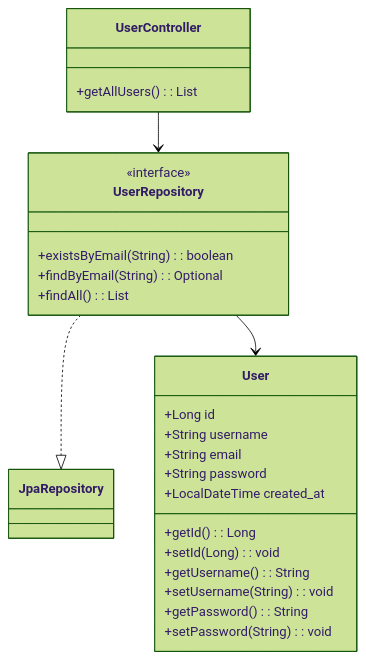
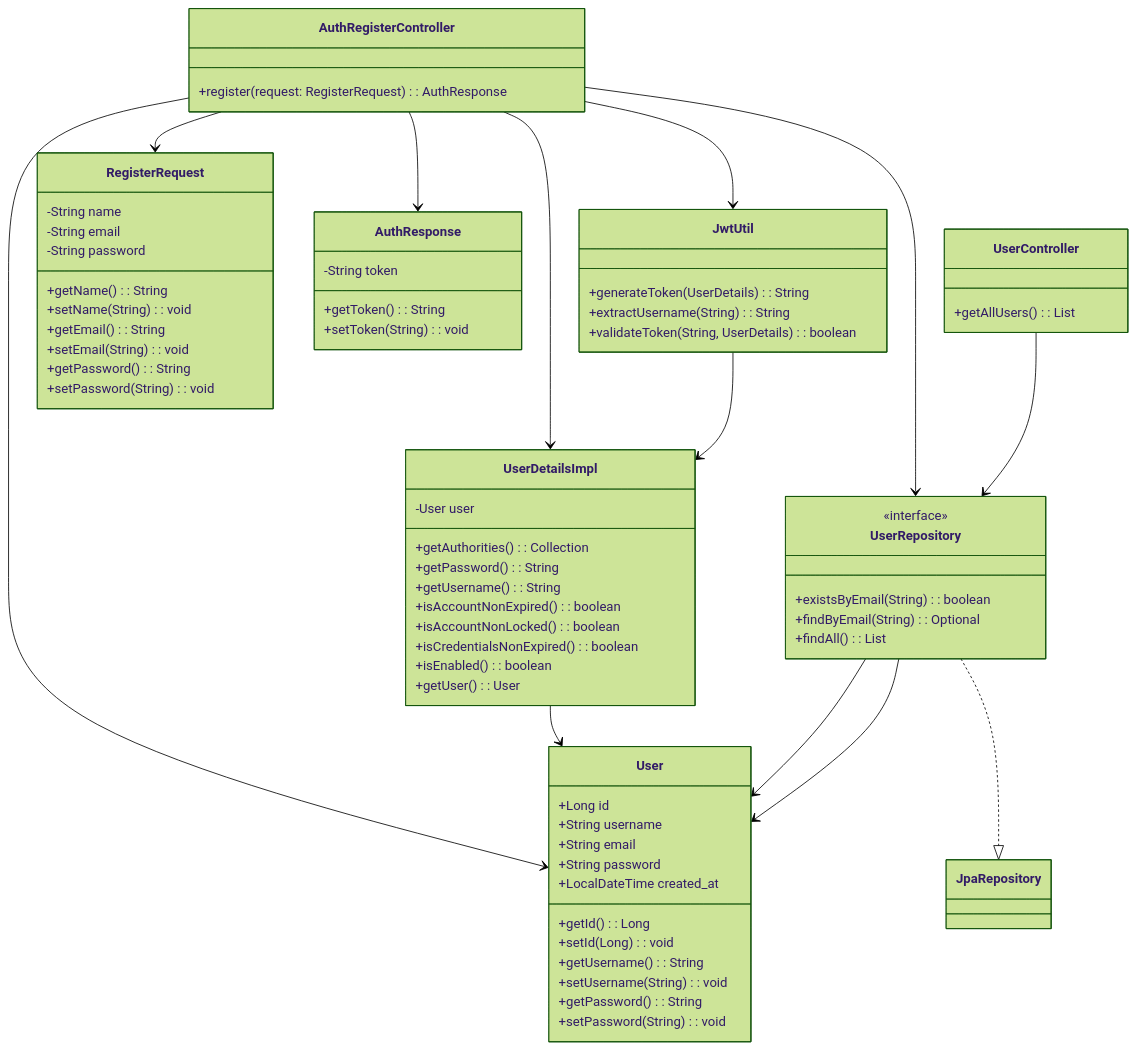
Before and after one commit to andrechamelete/flow-management: the diagram in README.md, drawn with Mermaid (forest theme).

Commit message:
Update README.md with mermaid notation

````diff
--- a/README.md
+++ b/README.md
@@ -10,32 +10,81 @@
 ```mermaid
 classDiagram
     class User {
         +Long id
         +String username
         +String email
         +String password
         +LocalDateTime created_at
         +getId(): Long
         +setId(Long): void
         +getUsername(): String
         +setUsername(String): void
         +getPassword(): String
         +setPassword(String): void
     }
 
     class UserRepository {
         <<interface>>
         +existsByEmail(String): boolean
         +findByEmail(String): Optional<User>
         +findAll(): List<User>
     }
 
     class UserController {
         +getAllUsers(): List<User>
     }
 
+    class AuthRegisterController {
+        +register(request: RegisterRequest): AuthResponse
+    }
+
+    class RegisterRequest {
+        -String name
+        -String email
+        -String password
+        +getName(): String
+        +setName(String): void
+        +getEmail(): String
+        +setEmail(String): void
+        +getPassword(): String
+        +setPassword(String): void
+    }
+
+    class AuthResponse {
+        -String token
+        +getToken(): String
+        +setToken(String): void
+    }
+
+    class JwtUtil {
+        +generateToken(UserDetails): String
+        +extractUsername(String): String
+        +validateToken(String, UserDetails): boolean
+    }
+
+    class UserDetailsImpl {
+        -User user
+        +getAuthorities(): Collection<GrantedAuthority>
+        +getPassword(): String
+        +getUsername(): String
+        +isAccountNonExpired(): boolean
+        +isAccountNonLocked(): boolean
+        +isCredentialsNonExpired(): boolean
+        +isEnabled(): boolean
+        +getUser(): User
+    }
+
+    AuthRegisterController --> RegisterRequest
+    AuthRegisterController --> AuthResponse
+    AuthRegisterController --> JwtUtil
+    AuthRegisterController --> UserRepository
+    AuthRegisterController --> User
+    AuthRegisterController --> UserDetailsImpl
+    UserDetailsImpl --> User
+    JwtUtil --> UserDetailsImpl
+    UserRepository --> User
     UserRepository ..|> JpaRepository
     UserController --> UserRepository
     UserRepository --> User
 
 ```
````
